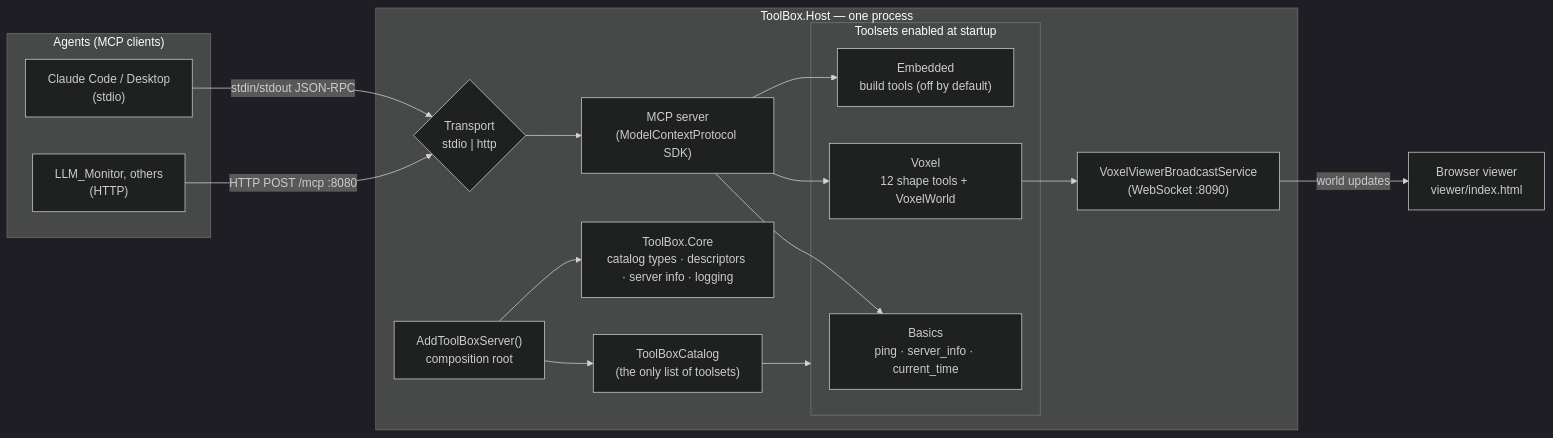
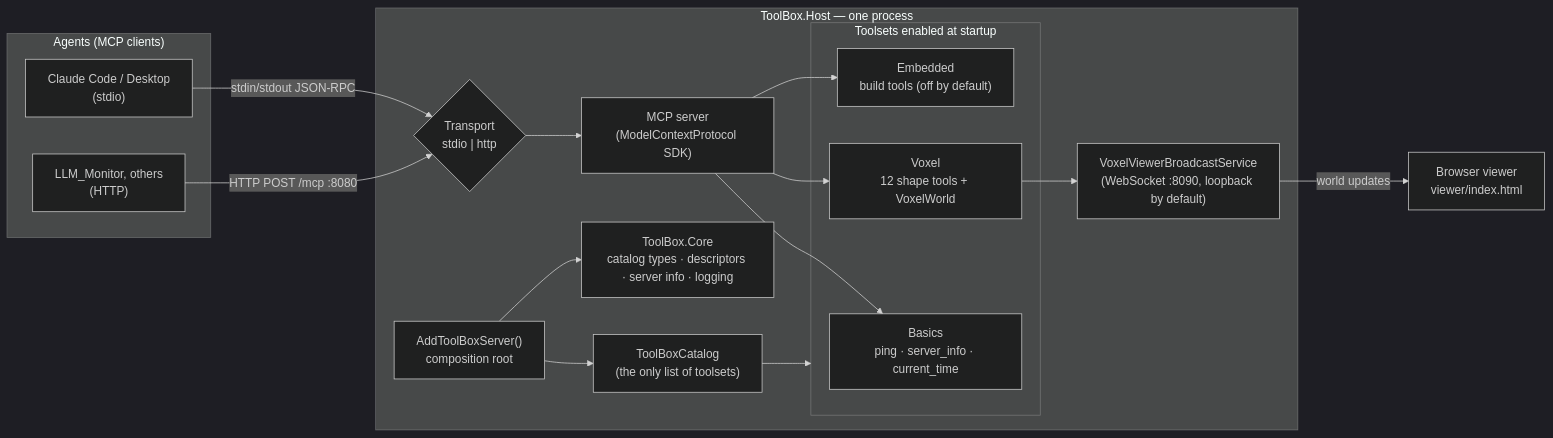
Before and after one commit to Timothy-Lee-Grant/Tool_Box: the first of 7 diagrams in docs/ARCHITECTURE.md, drawn with Mermaid (dark theme). The commit also changed other lines of this file and 9 other files, not shown here.

````diff
--- a/docs/ARCHITECTURE.md
+++ b/docs/ARCHITECTURE.md
@@ -11,31 +11,31 @@
 ```mermaid
 flowchart LR
   subgraph Agents["Agents (MCP clients)"]
     CC["Claude Code / Desktop<br/>(stdio)"]
     LM["LLM_Monitor, others<br/>(HTTP)"]
   end
 
   subgraph Process["ToolBox.Host — one process"]
     T{"Transport<br/>stdio | http"}
     MCP["MCP server<br/>(ModelContextProtocol SDK)"]
     COMP["AddToolBoxServer()<br/>composition root"]
     CAT["ToolBoxCatalog<br/>(the only list of toolsets)"]
     CORE["ToolBox.Core<br/>catalog types · descriptors · server info · logging"]
     subgraph Enabled["Toolsets enabled at startup"]
       B["Basics<br/>ping · server_info · current_time"]
       V["Voxel<br/>12 shape tools + VoxelWorld"]
       E["Embedded<br/>build tools (off by default)"]
     end
-    VW["VoxelViewerBroadcastService<br/>(WebSocket :8090)"]
+    VW["VoxelViewerBroadcastService<br/>(WebSocket :8090, loopback by default)"]
   end
 
   Browser["Browser viewer<br/>viewer/index.html"]
 
   CC -- "stdin/stdout JSON-RPC" --> T
   LM -- "HTTP POST /mcp :8080" --> T
   T --> MCP
   COMP --> CAT --> Enabled
   COMP --> CORE
   MCP --> B & V & E
   V --> VW -- "world updates" --> Browser
 ```
````
